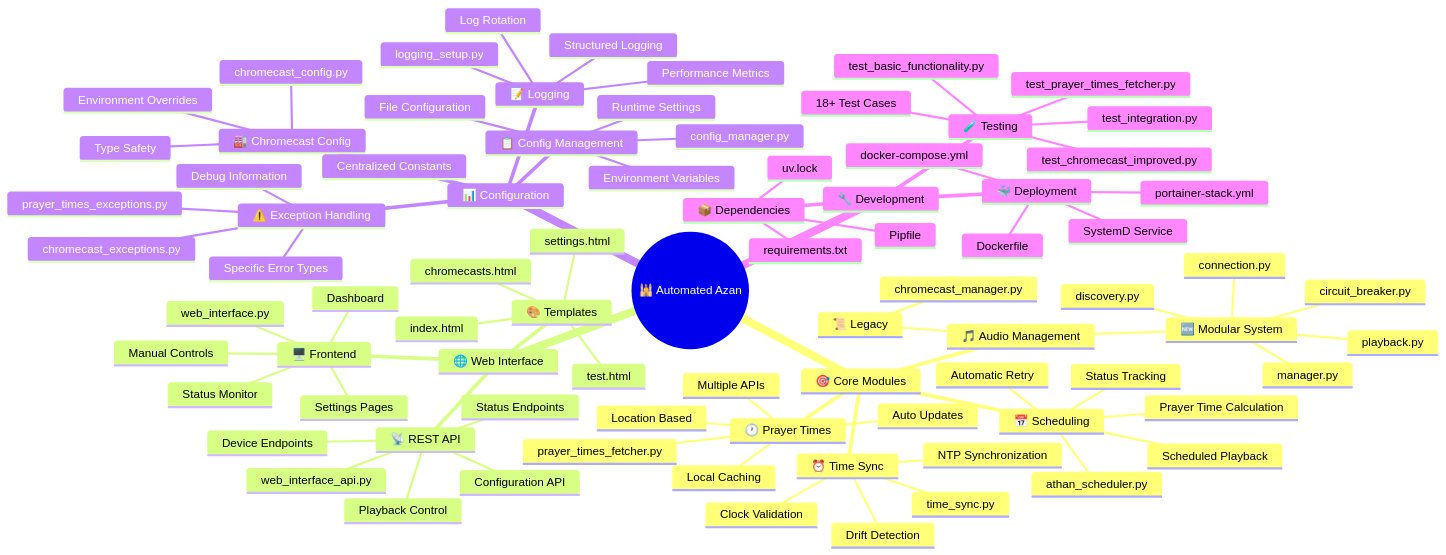
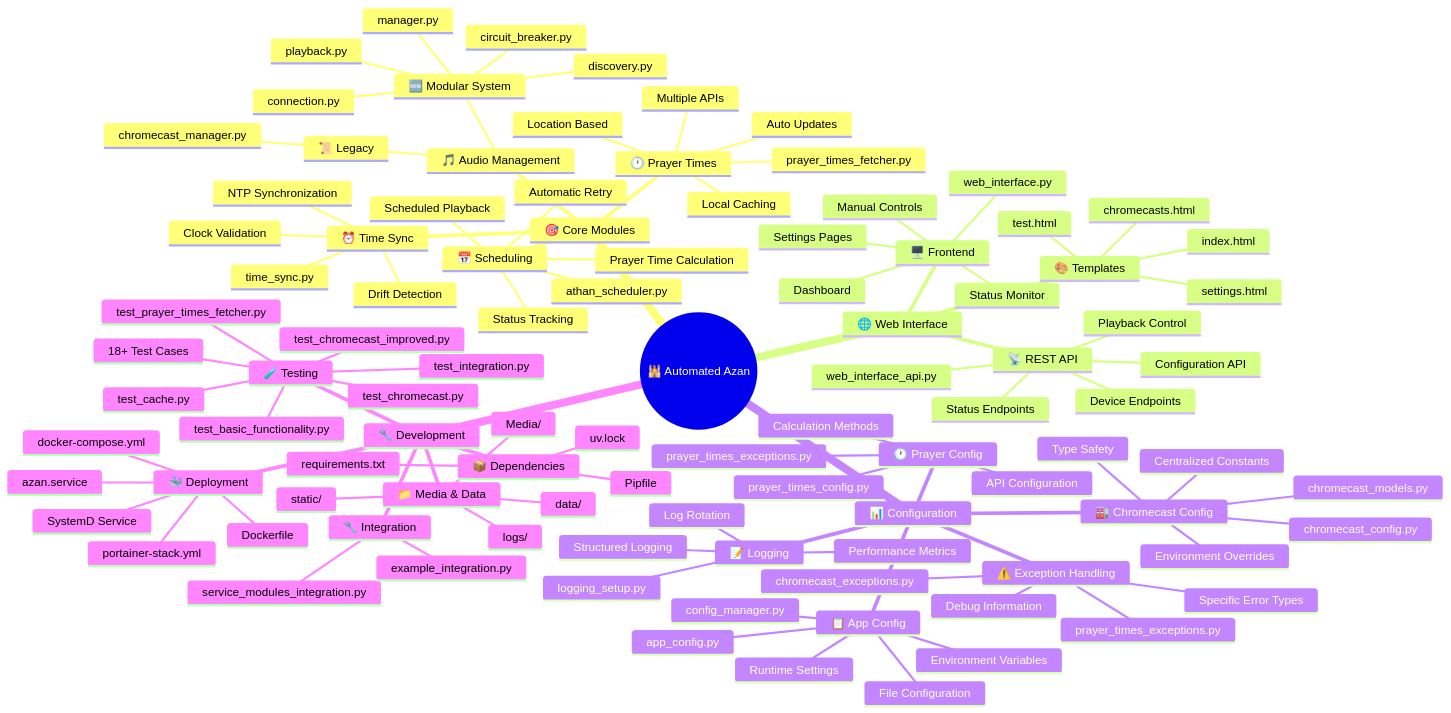
Before and after one commit to shenhab/Automated-Azan: the first of 5 diagrams in ARCHITECTURE_MINDMAP.md, drawn with Mermaid. The commit also changed 2 other files, not shown here.

````diff
--- a/ARCHITECTURE_MINDMAP.md
+++ b/ARCHITECTURE_MINDMAP.md
@@ -5,4 +5,5 @@
 ```mermaid
+%%{init: {'mindmap': {'theme': 'base', 'themeVariables': {'primaryColor': '#ffffff', 'primaryTextColor': '#000000', 'primaryBorderColor': '#333333', 'lineColor': '#333333', 'section0': '#e6f3ff', 'section1': '#fff2e6', 'section2': '#e6ffe6', 'section3': '#ffe6f3', 'section4': '#f0f0f0'}}}}%%
 mindmap
   root((🕌 Automated Azan))
     🎯 Core Modules
@@ -51,16 +52,23 @@
         chromecasts.html
         test.html
     📊 Configuration
-      📋 Config Management
+      📋 App Config
+        app_config.py
         config_manager.py
         File Configuration
         Runtime Settings
         Environment Variables
       🏭 Chromecast Config
         chromecast_config.py
+        chromecast_models.py
         Centralized Constants
         Environment Overrides
         Type Safety
+      🕐 Prayer Config
+        prayer_times_config.py
+        prayer_times_exceptions.py
+        API Configuration
+        Calculation Methods
       📝 Logging
         logging_setup.py
         Structured Logging
@@ -77,14 +85,25 @@
         test_basic_functionality.py
         test_prayer_times_fetcher.py
         test_integration.py
+        test_cache.py
+        test_chromecast.py
         18+ Test Cases
       🐳 Deployment
         Dockerfile
         docker-compose.yml
         portainer-stack.yml
         SystemD Service
+        azan.service
       📦 Dependencies
         Pipfile
         uv.lock
         requirements.txt
+      🔧 Integration
+        service_modules_integration.py
+        example_integration.py
+      📁 Media & Data
+        Media/
+        data/
+        static/
+        logs/
 ```
````
